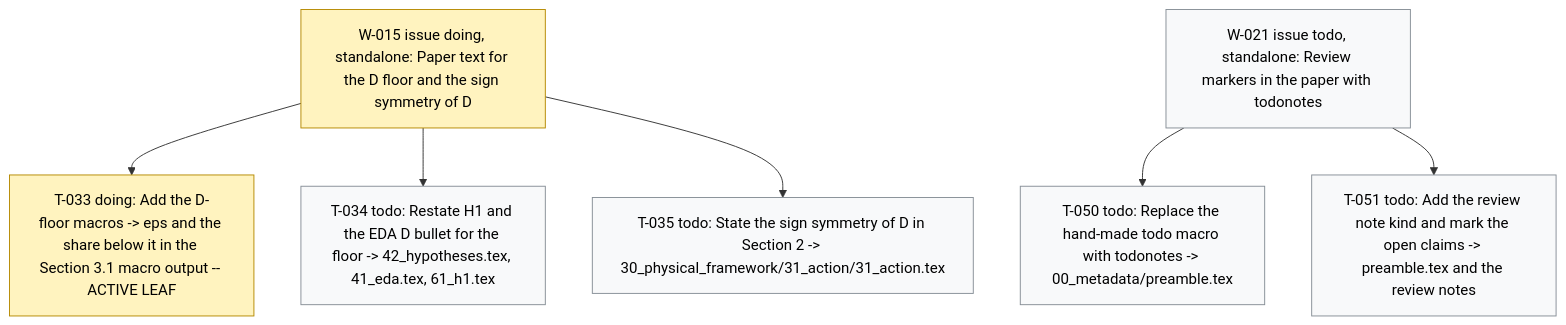
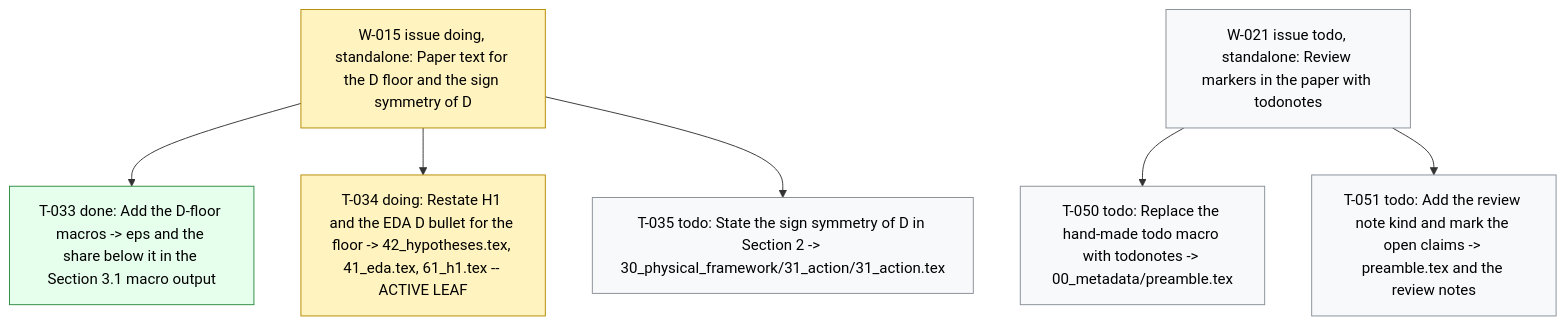
Before and after one commit to dpopchev/surrogate-models: the diagram in .board/BOARD.md, drawn with Mermaid. The commit also changed other lines of this file and 4 other files, not shown here.

First line of the commit message:
docs: restate H1 for the charge floor

````diff
--- a/.board/BOARD.md
+++ b/.board/BOARD.md
@@ -171,17 +171,18 @@
 ```mermaid
 flowchart TD
   W015["W-015 issue doing, standalone: Paper text for the D floor and the sign symmetry of D"]
-  W015 --> T033["T-033 doing: Add the D-floor macros -> eps and the share below it in the Section 3.1 macro output -- ACTIVE LEAF"]
-  W015 --> T034["T-034 todo: Restate H1 and the EDA D bullet for the floor -> 42_hypotheses.tex, 41_eda.tex, 61_h1.tex"]
+  W015 --> T033["T-033 done: Add the D-floor macros -> eps and the share below it in the Section 3.1 macro output"]
+  W015 --> T034["T-034 doing: Restate H1 and the EDA D bullet for the floor -> 42_hypotheses.tex, 41_eda.tex, 61_h1.tex -- ACTIVE LEAF"]
   W015 --> T035["T-035 todo: State the sign symmetry of D in Section 2 -> 30_physical_framework/31_action/31_action.tex"]
   W021["W-021 issue todo, standalone: Review markers in the paper with todonotes"]
   W021 --> T050["T-050 todo: Replace the hand-made todo macro with todonotes -> 00_metadata/preamble.tex"]
   W021 --> T051["T-051 todo: Add the review note kind and mark the open claims -> preamble.tex and the review notes"]
   classDef doing fill:#fff3bf,stroke:#b58900,color:#000;
   classDef blocked fill:#ffe3e3,stroke:#c92a2a,color:#000;
   classDef done fill:#e6ffed,stroke:#2b8a3e,color:#000;
   classDef todo fill:#f8f9fa,stroke:#868e96,color:#000;
   classDef pruned fill:#f1f3f5,stroke:#adb5bd,color:#000;
-  class W015,T033 doing
-  class T034,T035,W021,T050,T051 todo
+  class W015,T034 doing
+  class T033 done
+  class T035,W021,T050,T051 todo
 ```
````
